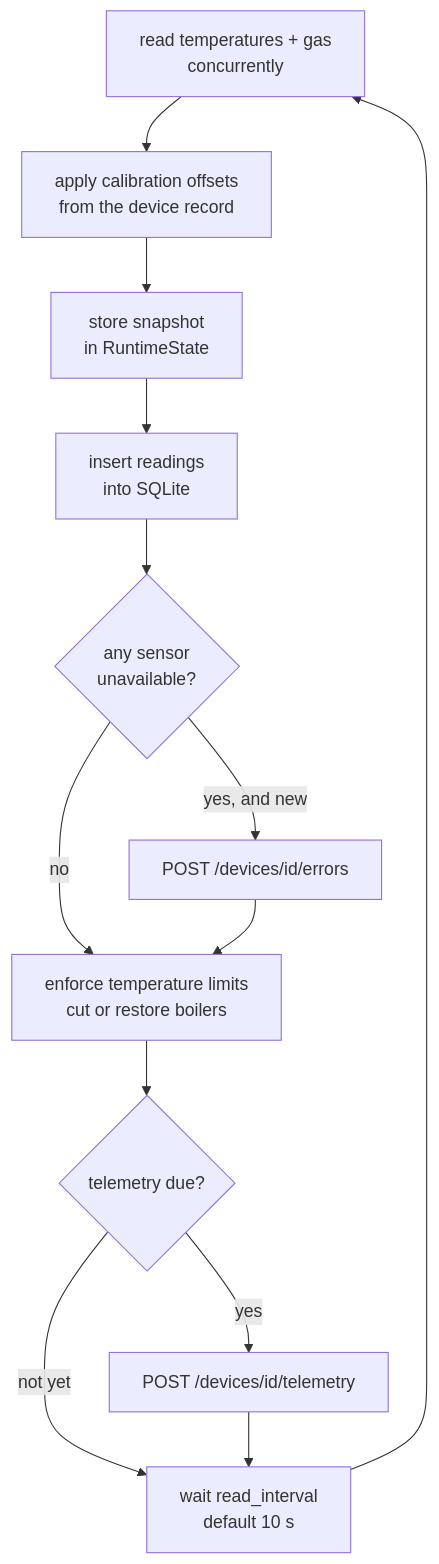
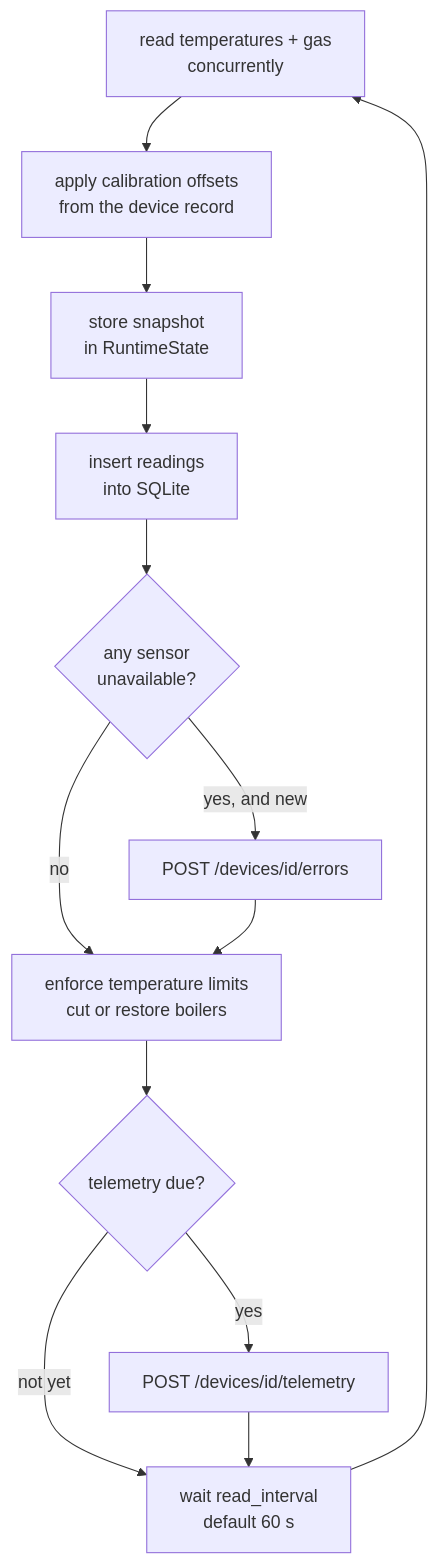
The third of 8 diagrams in README.md (mehrab-ghasemzadeh/boilerRoom-edge), drawn with Mermaid before and after one commit. The commit also changed other lines of this file and 26 other files, not shown here.

````diff
--- a/README.md
+++ b/README.md
@@ -104,15 +108,15 @@
 ```mermaid
 flowchart TD
     A["read temperatures + gas<br/>concurrently"] --> A2["apply calibration offsets<br/>from the device record"]
     A2 --> B["store snapshot<br/>in RuntimeState"]
     B --> C["insert readings<br/>into SQLite"]
     C --> D{"any sensor<br/>unavailable?"}
     D -->|yes, and new| E["POST /devices/id/errors"]
     D -->|no| L
     E --> L["enforce temperature limits<br/>cut or restore boilers"]
     L --> F{"telemetry due?"}
     F -->|yes| G["POST /devices/id/telemetry"]
     F -->|not yet| H
-    G --> H["wait read_interval<br/>default 10 s"]
+    G --> H["wait read_interval<br/>default 60 s"]
     H --> A
 ```
````
